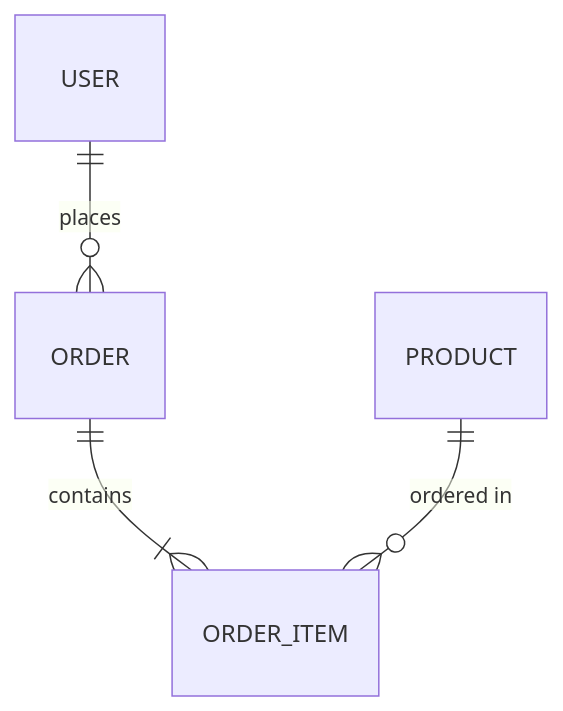
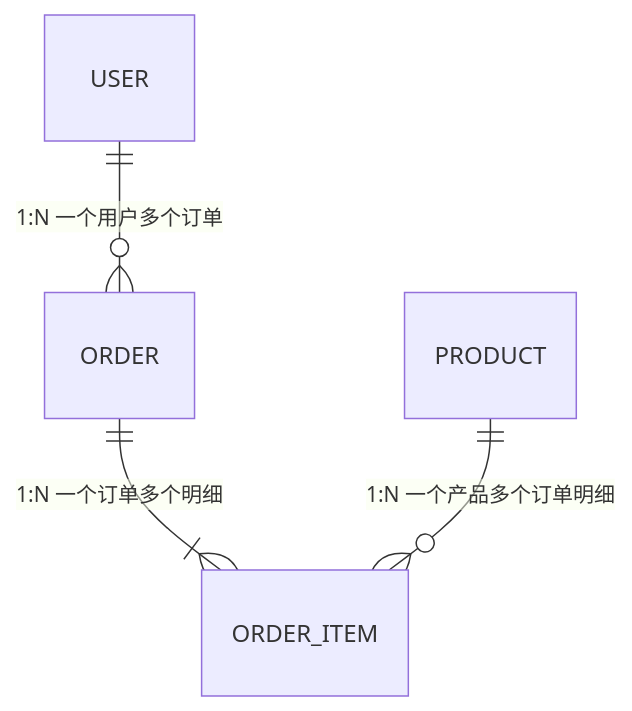
Before and after one commit to kevinqpeng/generate-tech-proposal: the second of 3 diagrams in SKILL.md, drawn with Mermaid. The commit also changed other lines of this file and 5 other files, not shown here.

First line of the commit message:
feat: 完善 ER 图规范，默认使用详细格式

````diff
--- a/SKILL.md
+++ b/SKILL.md
@@ -90,6 +138,6 @@
 ```mermaid
 erDiagram
-    USER ||--o{ ORDER : places
-    ORDER ||--|{ ORDER_ITEM : contains
-    PRODUCT ||--o{ ORDER_ITEM : "ordered in"
+    USER ||--o{ ORDER : "1:N 一个用户多个订单"
+    ORDER ||--|{ ORDER_ITEM : "1:N 一个订单多个明细"
+    PRODUCT ||--o{ ORDER_ITEM : "1:N 一个产品多个订单明细"
 ```
````
